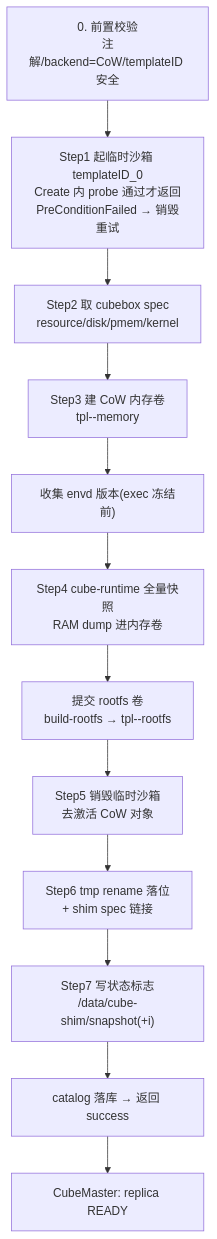
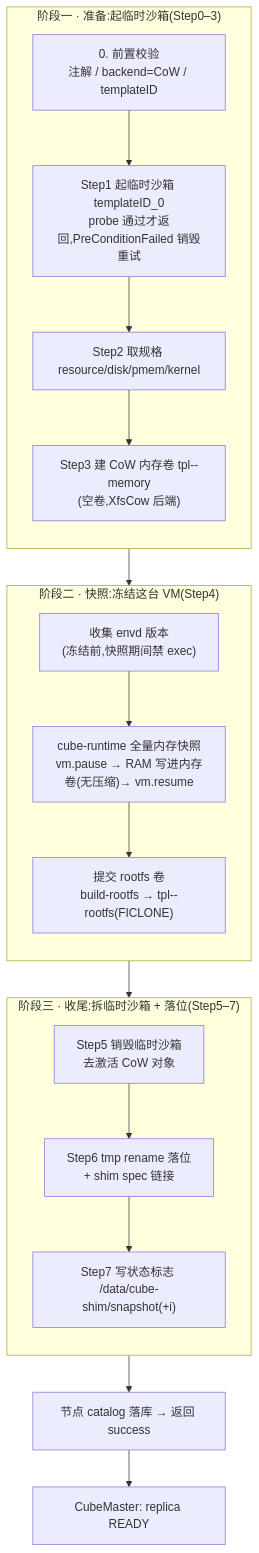
The third of 5 diagrams in cube/cube-template-creation-flow.md (yangjinqian128/note), drawn with Mermaid before and after one commit. The commit also changed other lines of this file and 7 other files, not shown here.

````diff
--- a/cube/cube-template-creation-flow.md
+++ b/cube/cube-template-creation-flow.md
@@ -94,14 +78,23 @@
 ```mermaid
 flowchart TD
-    P0["0. 前置校验<br/>注解/backend=CoW/templateID 安全"] --> P1["Step1 起临时沙箱 templateID_0<br/>Create 内 probe 通过才返回<br/>PreConditionFailed → 销毁重试"]
-    P1 --> P2["Step2 取 cubebox spec<br/>resource/disk/pmem/kernel"]
-    P2 --> P3["Step3 建 CoW 内存卷<br/>tpl-<id>-memory"]
-    P3 --> P4["收集 envd 版本(exec 冻结前)"]
-    P4 --> P5["Step4 cube-runtime 全量快照<br/>RAM dump 进内存卷"]
-    P5 --> P6["提交 rootfs 卷<br/>build-rootfs → tpl-<id>-rootfs"]
-    P6 --> P7["Step5 销毁临时沙箱<br/>去激活 CoW 对象"]
-    P7 --> P8["Step6 tmp rename 落位<br/>+ shim spec 链接"]
-    P8 --> P9["Step7 写状态标志<br/>/data/cube-shim/snapshot(+i)"]
-    P9 --> P10["catalog 落库 → 返回 success"]
-    P10 --> P11["CubeMaster: replica READY"]
+    subgraph S0["阶段一 · 准备:起临时沙箱(Step0–3)"]
+        direction TB
+        A["0. 前置校验<br/>注解 / backend=CoW / templateID"] --> B["Step1 起临时沙箱 templateID_0<br/>probe 通过才返回,PreConditionFailed 销毁重试"] --> C["Step2 取规格 resource/disk/pmem/kernel"] --> D["Step3 建 CoW 内存卷 tpl-<id>-memory<br/>(空卷,XfsCow 后端)"]
+    end
+
+    subgraph S1["阶段二 · 快照:冻结这台 VM(Step4)"]
+        direction TB
+        E["收集 envd 版本<br/>(冻结前,快照期间禁 exec)"] --> F["cube-runtime 全量内存快照<br/>vm.pause → RAM 写进内存卷(无压缩)→ vm.resume"] --> G["提交 rootfs 卷<br/>build-rootfs → tpl-<id>-rootfs(FICLONE)"]
+    end
+
+    subgraph S2["阶段三 · 收尾:拆临时沙箱 + 落位(Step5–7)"]
+        direction TB
+        H["Step5 销毁临时沙箱<br/>去激活 CoW 对象"] --> I["Step6 tmp rename 落位<br/>+ shim spec 链接"] --> J["Step7 写状态标志 /data/cube-shim/snapshot(+i)"]
+    end
+
+    K["节点 catalog 落库 → 返回 success"] --> L["CubeMaster: replica READY"]
+
+    D --> E
+    G --> H
+    J --> K
 ```
````
